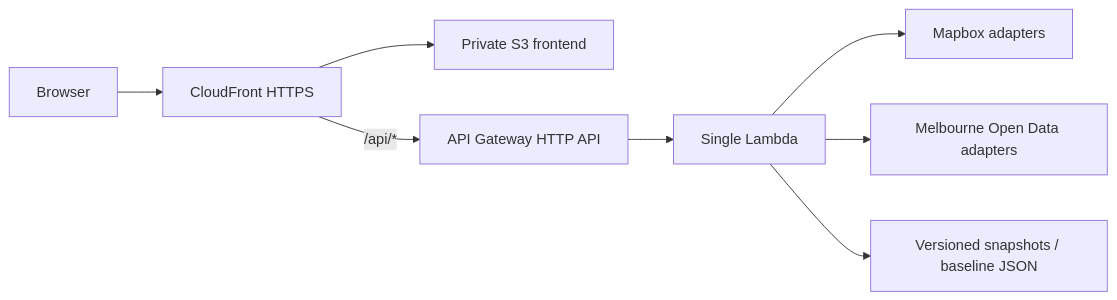
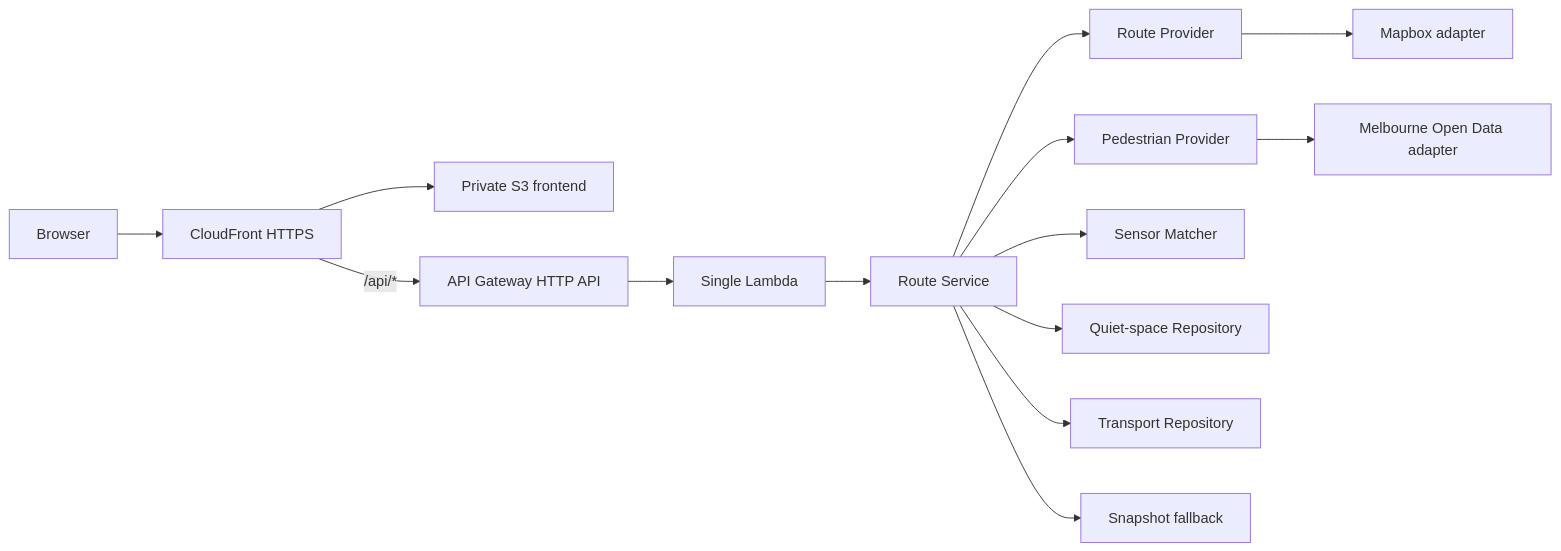
One commit to Xiangzhonglong/FIT5120-TE15-Sensory-Friendly-Melbourne changed the diagram in documents/project/architecture.md. Above: the diagram before and after it, drawn with Mermaid. The commit also changed other lines of this file and 48 other files, not shown here.

Commit message:
feat: establish integration-ready backend architecture

````diff
--- a/documents/project/architecture.md
+++ b/documents/project/architecture.md
@@ -7,10 +7,16 @@
 ```mermaid
 flowchart LR
     U[Browser] --> CF[CloudFront HTTPS]
     CF --> S3[Private S3 frontend]
     CF -->|/api/*| APIGW[API Gateway HTTP API]
     APIGW --> L[Single Lambda]
-    L --> MB[Mapbox adapters]
-    L --> MD[Melbourne Open Data adapters]
-    L --> SNAP[Versioned snapshots / baseline JSON]
+    L --> RS[Route Service]
+    RS --> RP[Route Provider]
+    RS --> PP[Pedestrian Provider]
+    RS --> SM[Sensor Matcher]
+    RS --> QR[Quiet-space Repository]
+    RS --> TR[Transport Repository]
+    RP --> MB[Mapbox adapter]
+    PP --> MD[Melbourne Open Data adapter]
+    RS --> SNAP[Snapshot fallback]
 ```
````
